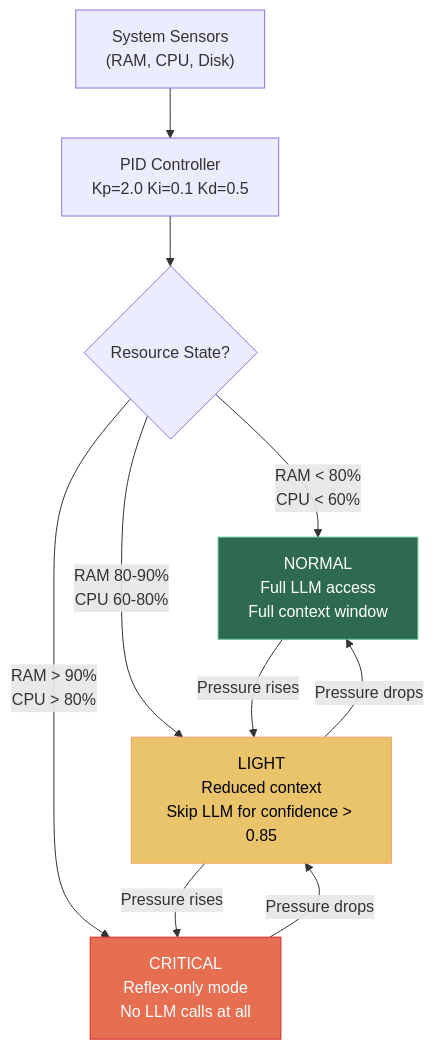
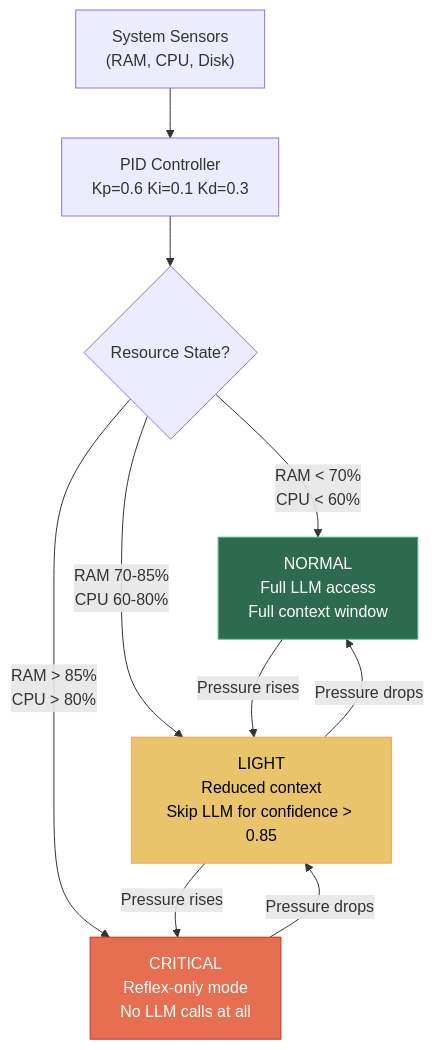
One commit to purplepincher/pincher changed the fourth of 6 diagrams in README.md. Above: the diagram before and after it, drawn with Mermaid. The commit also changed other lines of this file, not shown here.

````diff
--- a/README.md
+++ b/README.md
@@ -152,18 +162,18 @@
 ```mermaid
 flowchart TD
-    S["System Sensors<br/>(RAM, CPU, Disk)"] --> PID["PID Controller<br/>Kp=2.0 Ki=0.1 Kd=0.5"]
+    S["System Sensors<br/>(RAM, CPU, Disk)"] --> PID["PID Controller<br/>Kp=0.6 Ki=0.1 Kd=0.3"]
     PID --> B{Resource State?}
 
-    B -->|"RAM < 80%<br/>CPU < 60%"| N["NORMAL<br/>Full LLM access<br/>Full context window"]
-    B -->|"RAM 80-90%<br/>CPU 60-80%"| L["LIGHT<br/>Reduced context<br/>Skip LLM for confidence > 0.85"]
-    B -->|"RAM > 90%<br/>CPU > 80%"| C["CRITICAL<br/>Reflex-only mode<br/>No LLM calls at all"]
+    B -->|"RAM < 70%<br/>CPU < 60%"| N["NORMAL<br/>Full LLM access<br/>Full context window"]
+    B -->|"RAM 70-85%<br/>CPU 60-80%"| L["LIGHT<br/>Reduced context<br/>Skip LLM for confidence > 0.85"]
+    B -->|"RAM > 85%<br/>CPU > 80%"| C["CRITICAL<br/>Reflex-only mode<br/>No LLM calls at all"]
 
     N -->|"Pressure rises"| L
     L -->|"Pressure rises"| C
     C -->|"Pressure drops"| L
     L -->|"Pressure drops"| N
 
     style N fill:#2d6a4f,stroke:#52b788,color:#fff
     style L fill:#e9c46a,stroke:#f4a261,color:#000
     style C fill:#e76f51,stroke:#d62828,color:#fff
 ```
````
